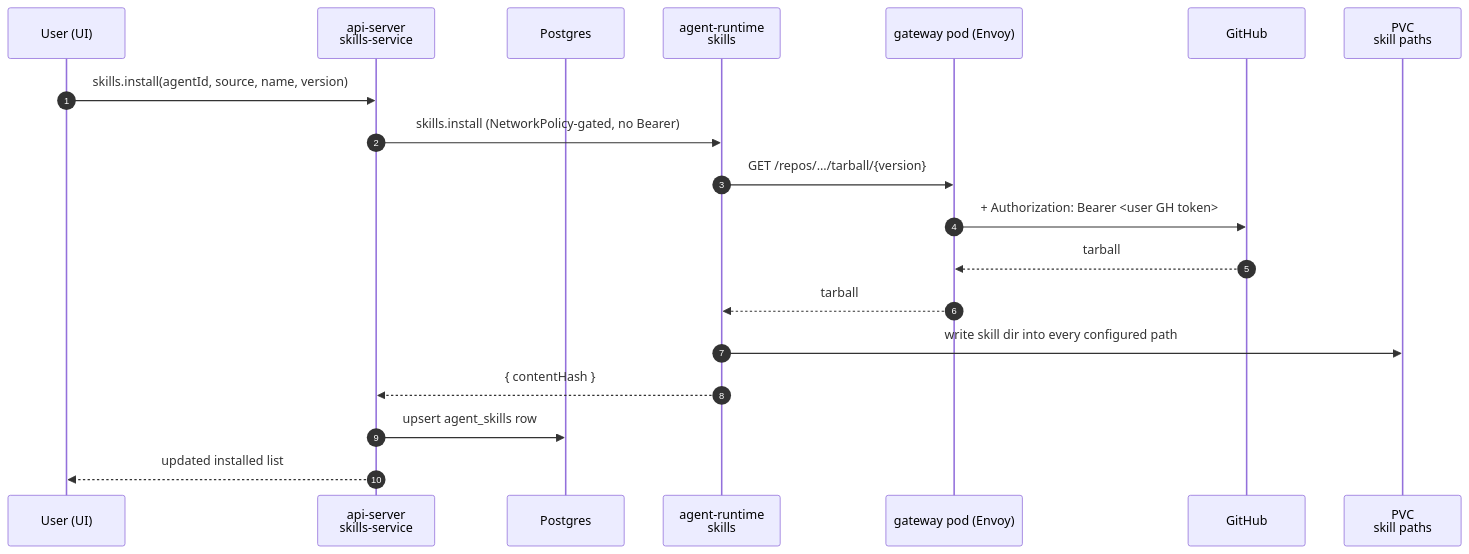
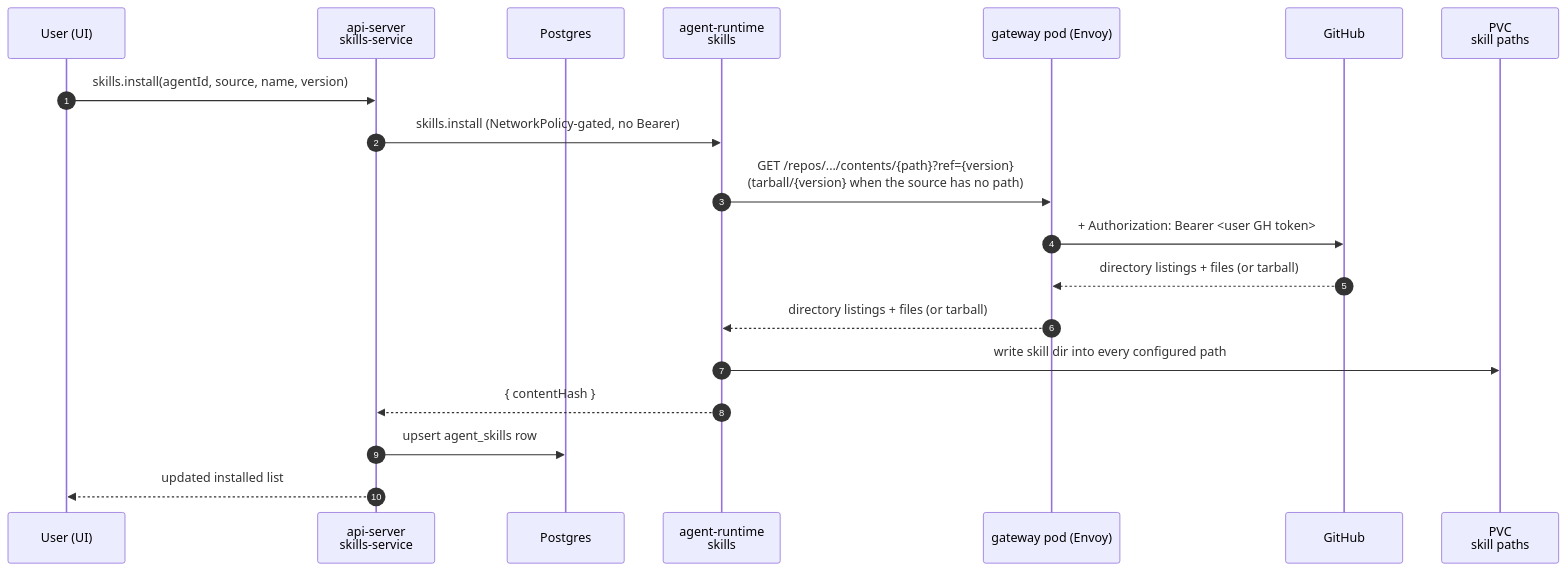
One commit to dam-agents/dam changed the second of 3 diagrams in docs/architecture/skills.md. Above: the diagram before and after it, drawn with Mermaid. The commit also changed other lines of this file and 8 other files, not shown here.

First line of the commit message:
feat(agent-runtime): fetch a path skill source by directory

````diff
--- a/docs/architecture/skills.md
+++ b/docs/architecture/skills.md
@@ -256,22 +256,22 @@
 ```mermaid
 sequenceDiagram
   autonumber
   participant U as User (UI)
   participant API as api-server<br/>skills-service
   participant DB as Postgres
   participant RT as agent-runtime<br/>skills
   participant ENV as gateway pod (Envoy)
   participant GH as GitHub
   participant PVC as PVC<br/>skill paths
 
   U->>API: skills.install(agentId, source, name, version)
   API->>RT: skills.install (NetworkPolicy-gated, no Bearer)
-  RT->>ENV: GET /repos/.../tarball/{version}
+  RT->>ENV: GET /repos/.../contents/{path}?ref={version}<br/>(tarball/{version} when the source has no path)
   ENV->>GH: + Authorization: Bearer <user GH token>
-  GH-->>ENV: tarball
-  ENV-->>RT: tarball
+  GH-->>ENV: directory listings + files (or tarball)
+  ENV-->>RT: directory listings + files (or tarball)
   RT->>PVC: write skill dir into every configured path
   RT-->>API: { contentHash }
   API->>DB: upsert agent_skills row
   API-->>U: updated installed list
 ```
````
